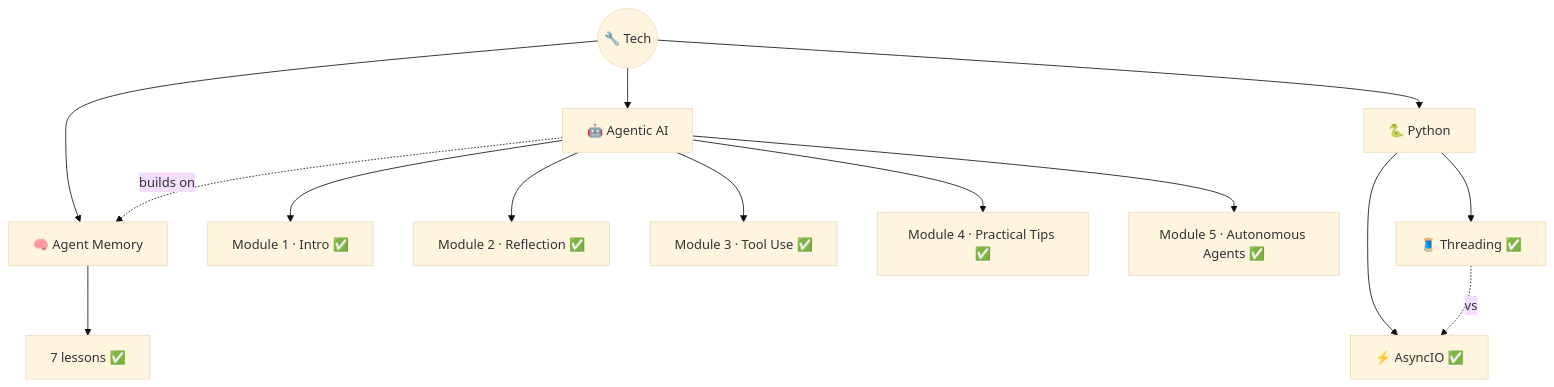
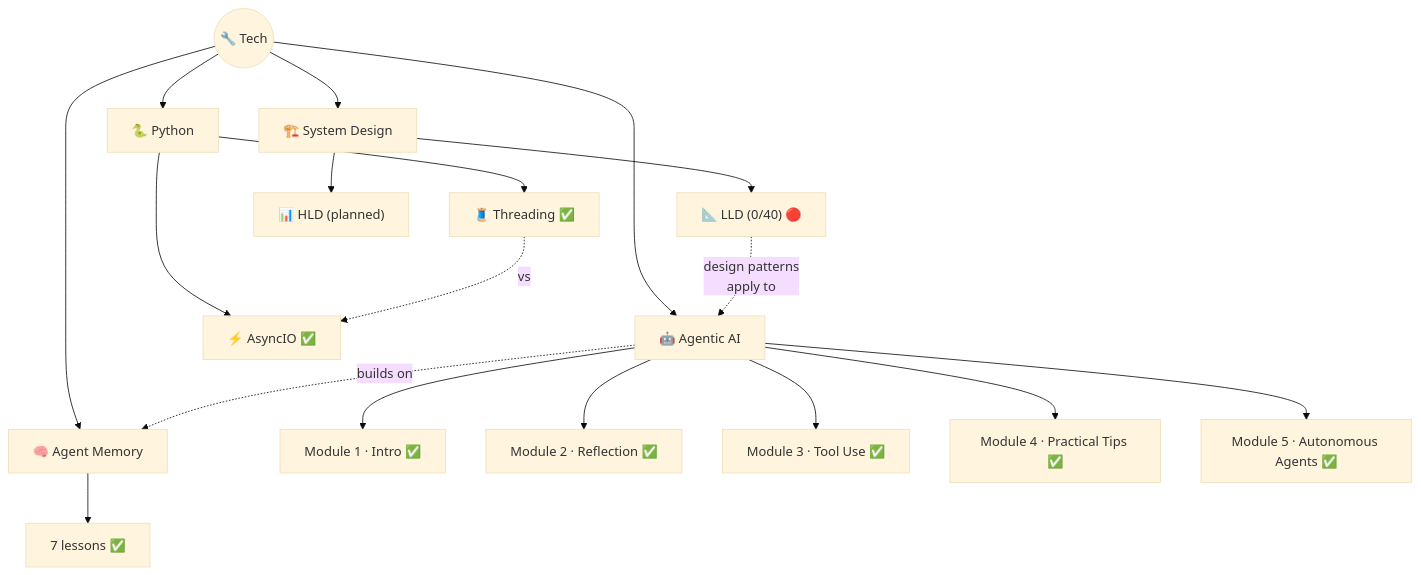
One commit to AyushSonuu/my-memory changed the diagram in _maps/tech.md. Above: the diagram before and after it, drawn with Mermaid (base theme). The commit also changed 4 other files, not shown here.

````diff
--- a/_maps/tech.md
+++ b/_maps/tech.md
@@ -5,21 +5,26 @@
 ```mermaid
 graph TB
     T(("🔧 Tech"))
     T --> AG["🤖 Agentic AI"]
     T --> AM["🧠 Agent Memory"]
     T --> PY["🐍 Python"]
+    T --> SD["🏗️ System Design"]
     
     AG --> M1["Module 1 · Intro ✅"]
     AG --> M2["Module 2 · Reflection ✅"]
     AG --> M3["Module 3 · Tool Use ✅"]
     AG --> M4["Module 4 · Practical Tips ✅"]
     AG --> M5["Module 5 · Autonomous Agents ✅"]
 
     AM --> AML["7 lessons ✅"]
 
     PY --> AIO["⚡ AsyncIO ✅"]
     PY --> THR["🧵 Threading ✅"]
 
+    SD --> LLD["📐 LLD (0/40) 🔴"]
+    SD --> HLD["📊 HLD (planned)"]
+
     AG -.->|"builds on"| AM
     THR -.->|"vs"| AIO
+    LLD -.->|"design patterns<br/>apply to"| AG
 ```
````
